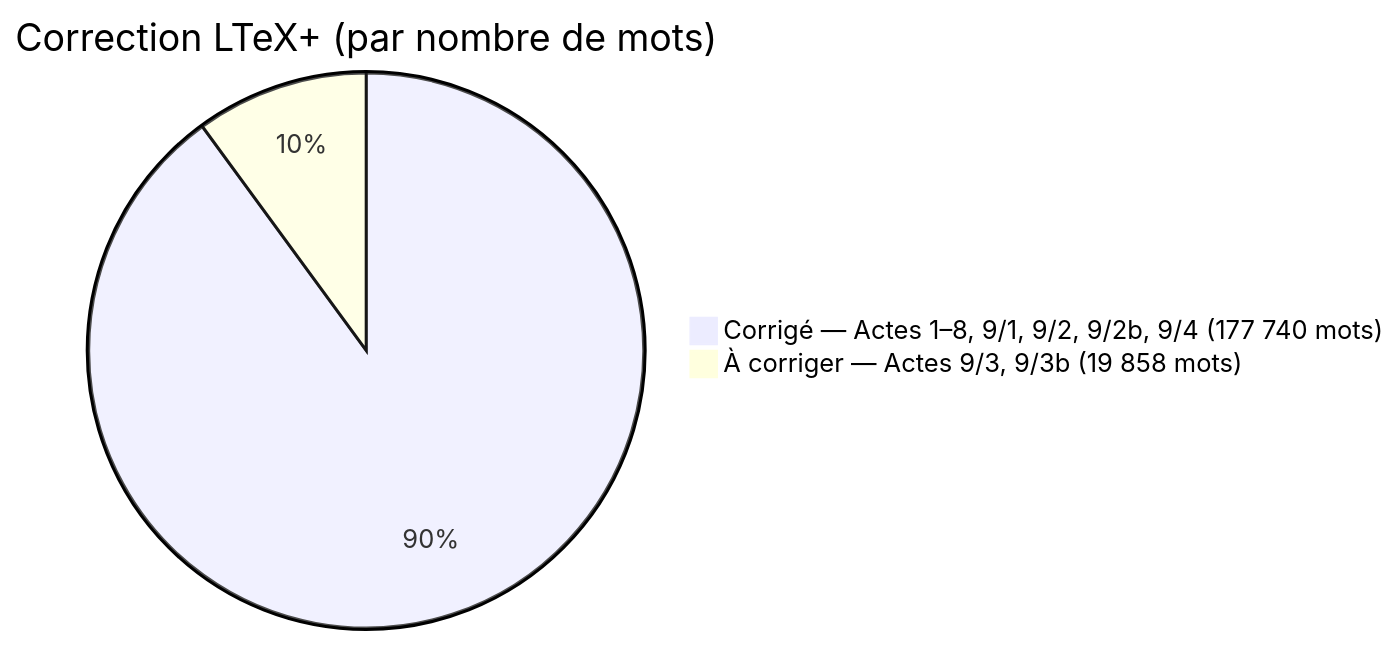
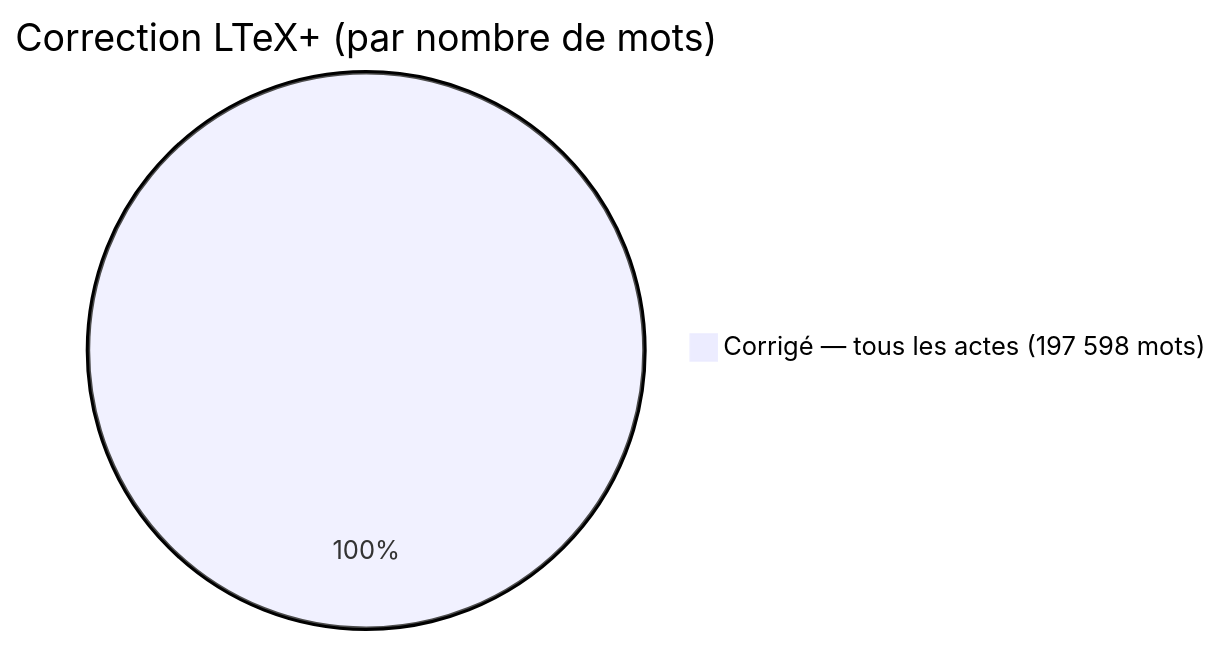
The diagram in actes/word_count.md (eric-mugnier/tete-de-veau-ravigote), drawn with Mermaid before and after one commit. The commit also changed other lines of this file and 4 other files, not shown here.

````diff
--- a/actes/word_count.md
+++ b/actes/word_count.md
@@ -29,5 +29,4 @@
 ```mermaid
 pie title Correction LTeX+ (par nombre de mots)
-    "Corrigé — Actes 1–8, 9/1, 9/2, 9/2b, 9/4 (177 740 mots)" : 177740
-    "À corriger — Actes 9/3, 9/3b (19 858 mots)" : 19858
+    "Corrigé — tous les actes (197 598 mots)" : 197598
 ```
````
